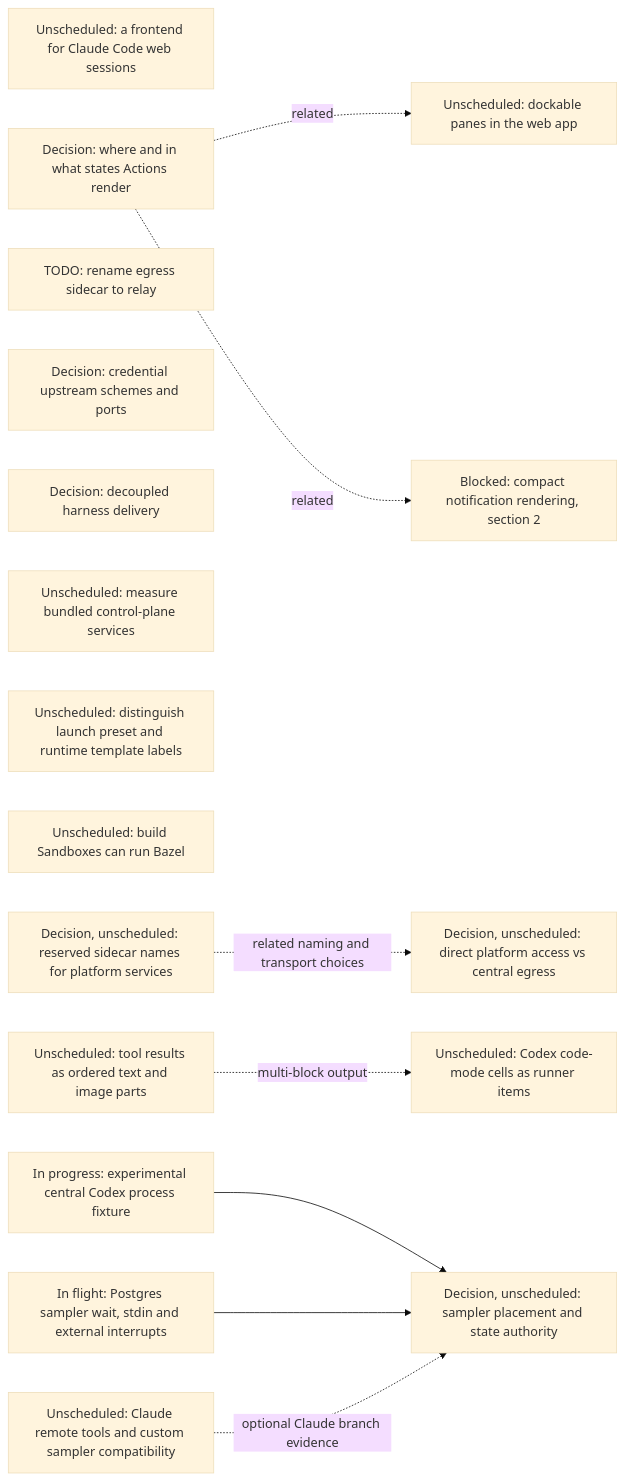
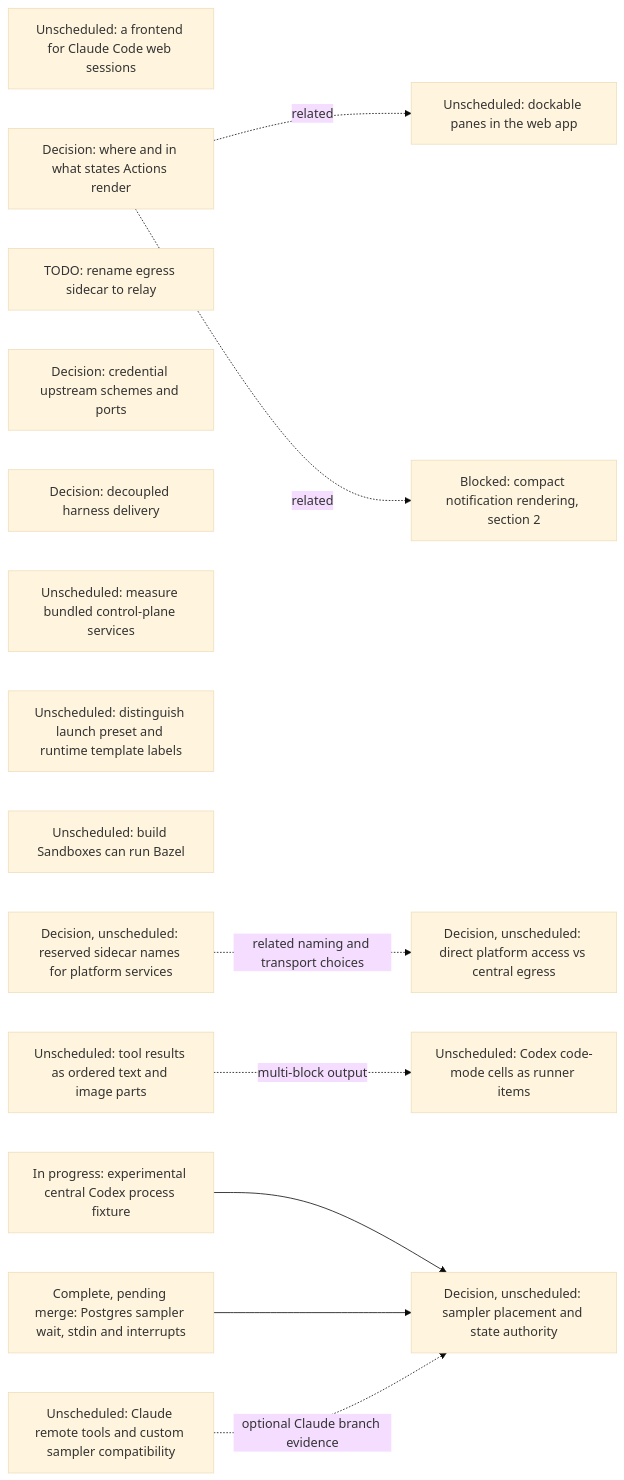
Before and after one commit to agentydragon-agent/ducktape: the eighth of 19 diagrams in agentplane/plans/task_dag.md, drawn with Mermaid (base theme). The commit also changed other lines of this file and 2 other files, not shown here.

````diff
--- a/agentplane/plans/task_dag.md
+++ b/agentplane/plans/task_dag.md
@@ -589,26 +589,26 @@
 ```mermaid
 flowchart LR
     CLAUDE_CODE_WEB_BRIDGE[Unscheduled: a frontend for Claude Code web sessions]
     ACTION_SURFACES_DESIGN[Decision: where and in what states Actions render]
     EGRESS_RELAY_RENAME[TODO: rename egress sidecar to relay]
     EGRESS_CREDENTIAL_TRANSPORT_DESIGN[Decision: credential upstream schemes and ports]
     RUNNER_HARNESS_DELIVERY_DESIGN[Decision: decoupled harness delivery]
     K3S_BUNDLED_SERVICES_SPIKE[Unscheduled: measure bundled control-plane services]
     DOCKABLE_PANES[Unscheduled: dockable panes in the web app]
     ACTION_SURFACES_DESIGN -. related .-> DOCKABLE_PANES
     NOTIFICATION_PRESENTATION[Blocked: compact notification rendering, section 2]
     ACTION_SURFACES_DESIGN -. related .-> NOTIFICATION_PRESENTATION
     SANDBOX_FORM_TERMINOLOGY[Unscheduled: distinguish launch preset and runtime template labels]
     BUILD_BOX_BAZEL[Unscheduled: build Sandboxes can run Bazel]
     PLATFORM_SERVICE_NAMES_DESIGN[Decision, unscheduled: reserved sidecar names for platform services]
     PLATFORM_SERVICE_ROUTING_DESIGN[Decision, unscheduled: direct platform access vs central egress]
     PLATFORM_SERVICE_NAMES_DESIGN -. related naming and transport choices .-> PLATFORM_SERVICE_ROUTING_DESIGN
     STRUCTURED_TOOL_OUTPUT[Unscheduled: tool results as ordered text and image parts]
     STRUCTURED_TOOL_OUTPUT -. multi-block output .-> CODEX_CODE_MODE_CELLS[Unscheduled: Codex code-mode cells as runner items]
     CENTRAL_CODEX_SPIKE[In progress: experimental central Codex process fixture]
     CENTRAL_CODEX_SPIKE --> HARNESS_PLACEMENT_DESIGN[Decision, unscheduled: sampler placement and state authority]
-    POSTGRES_HARNESS_CONTROLS[In flight: Postgres sampler wait, stdin and external interrupts]
+    POSTGRES_HARNESS_CONTROLS[Complete, pending merge: Postgres sampler wait, stdin and interrupts]
     POSTGRES_HARNESS_CONTROLS --> HARNESS_PLACEMENT_DESIGN
     CLAUDE_REMOTE_EXECUTION_SPIKE[Unscheduled: Claude remote tools and custom sampler compatibility]
     CLAUDE_REMOTE_EXECUTION_SPIKE -. optional Claude branch evidence .-> HARNESS_PLACEMENT_DESIGN
 ```
````
